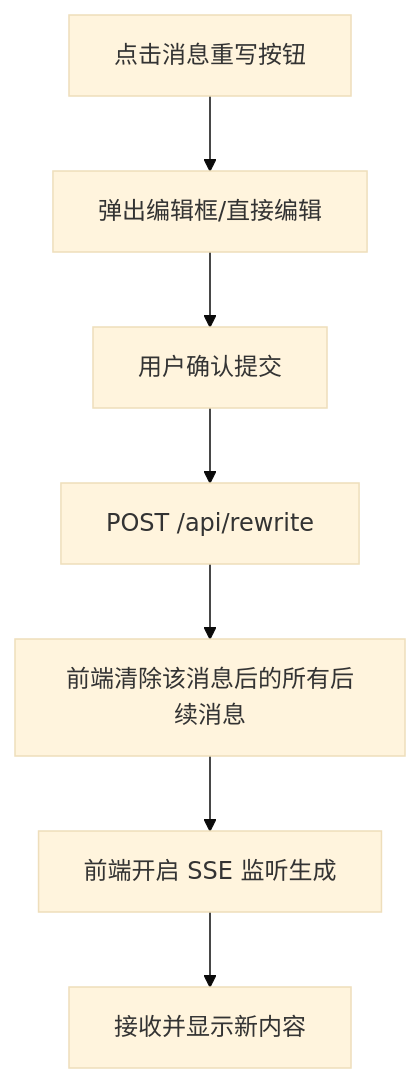
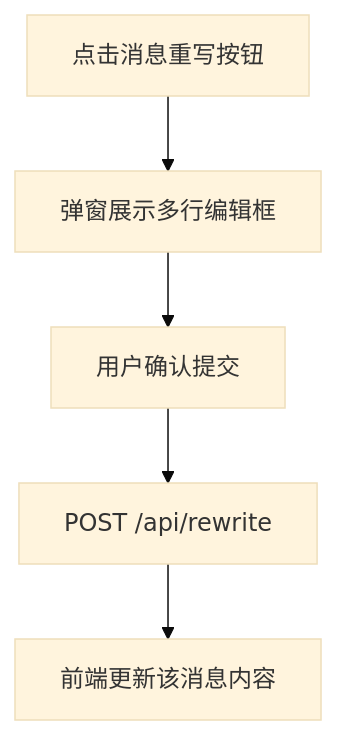
The second of 3 diagrams in design.md (chengyingyue/VersionControlLLM), drawn with Mermaid (base theme) before and after one commit. The commit also changed other lines of this file and 6 other files, not shown here.

````diff
--- a/design.md
+++ b/design.md
@@ -89,9 +89,7 @@
 ```mermaid
 graph TD
-    A[点击消息重写按钮] --> B[弹出编辑框/直接编辑]
+    A[点击消息重写按钮] --> B[弹窗展示多行编辑框]
     B --> C[用户确认提交]
     C --> D[POST /api/rewrite]
-    D --> E[前端清除该消息后的所有后续消息]
-    E --> F[前端开启 SSE 监听生成]
-    F --> G[接收并显示新内容]
+    D --> E[前端更新该消息内容]
 ```
````
